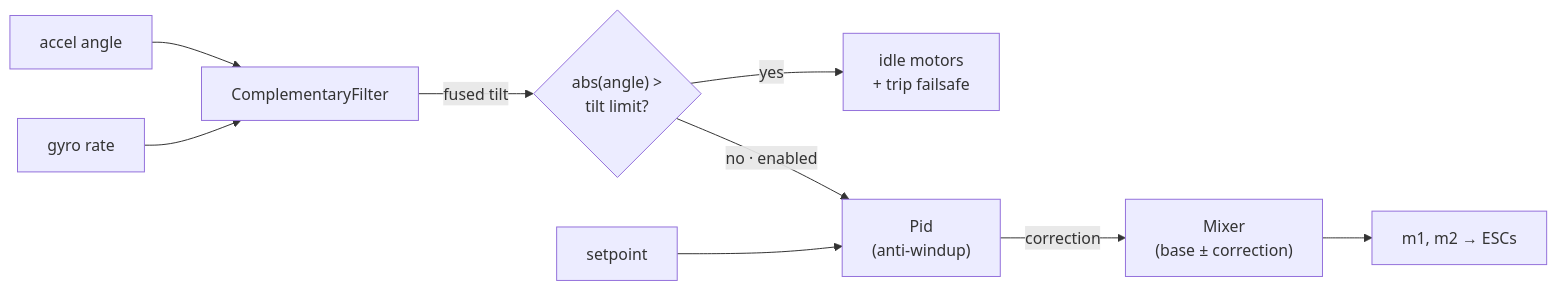
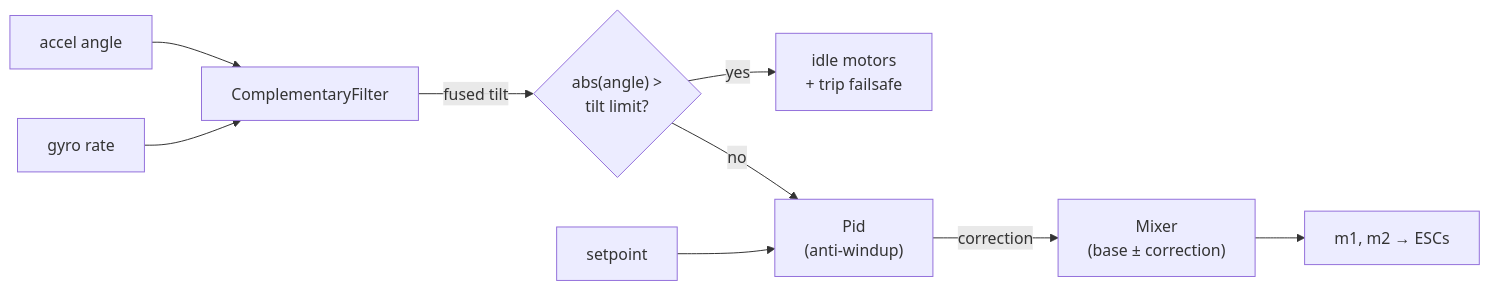
One commit to lmarqs/libra changed the second of 2 diagrams in README.md. Above: the diagram before and after it, drawn with Mermaid. The commit also changed other lines of this file and 4 other files, not shown here.

````diff
--- a/README.md
+++ b/README.md
@@ -76,11 +78,11 @@
 ```mermaid
 flowchart LR
     accel["accel angle"] --> filt["ComplementaryFilter"]
     rate["gyro rate"] --> filt
     filt -->|"fused tilt"| trip{"abs(angle) ><br/>tilt limit?"}
     trip -->|yes| idle["idle motors<br/>+ trip failsafe"]
-    trip -->|"no · enabled"| pid["Pid<br/>(anti-windup)"]
+    trip -->|"no"| pid["Pid<br/>(anti-windup)"]
     sp["setpoint"] --> pid
     pid -->|correction| mix["Mixer<br/>(base ± correction)"]
     mix --> out["m1, m2 → ESCs"]
 ```
````
